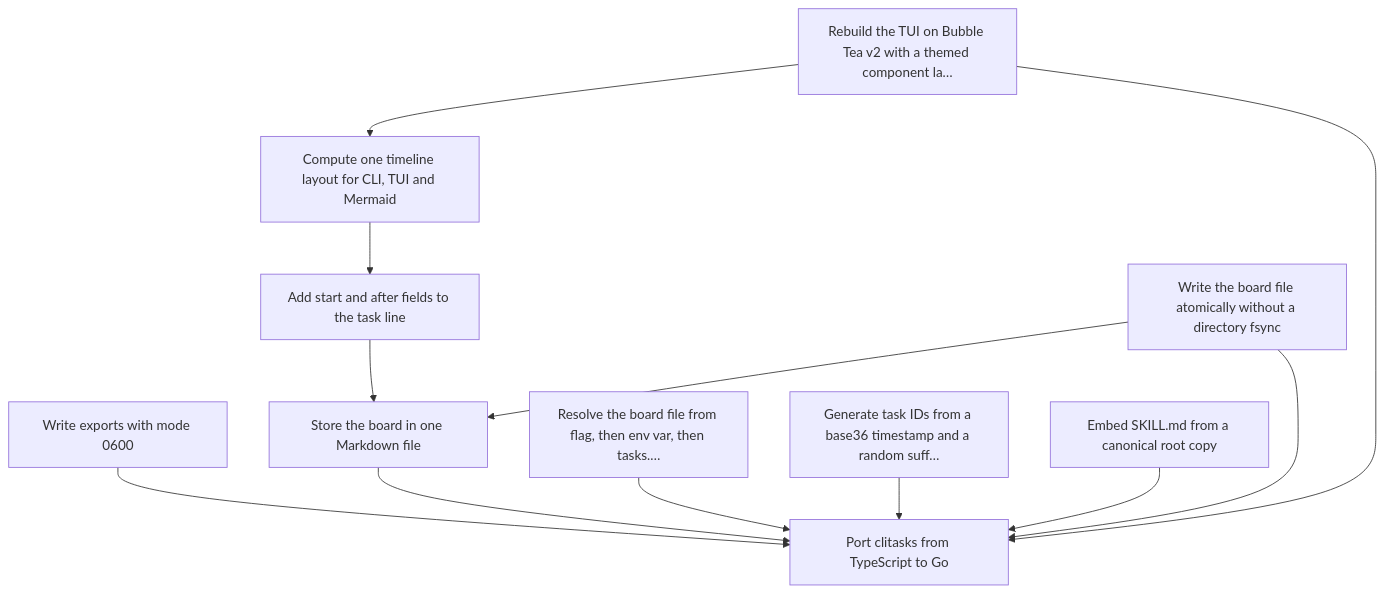
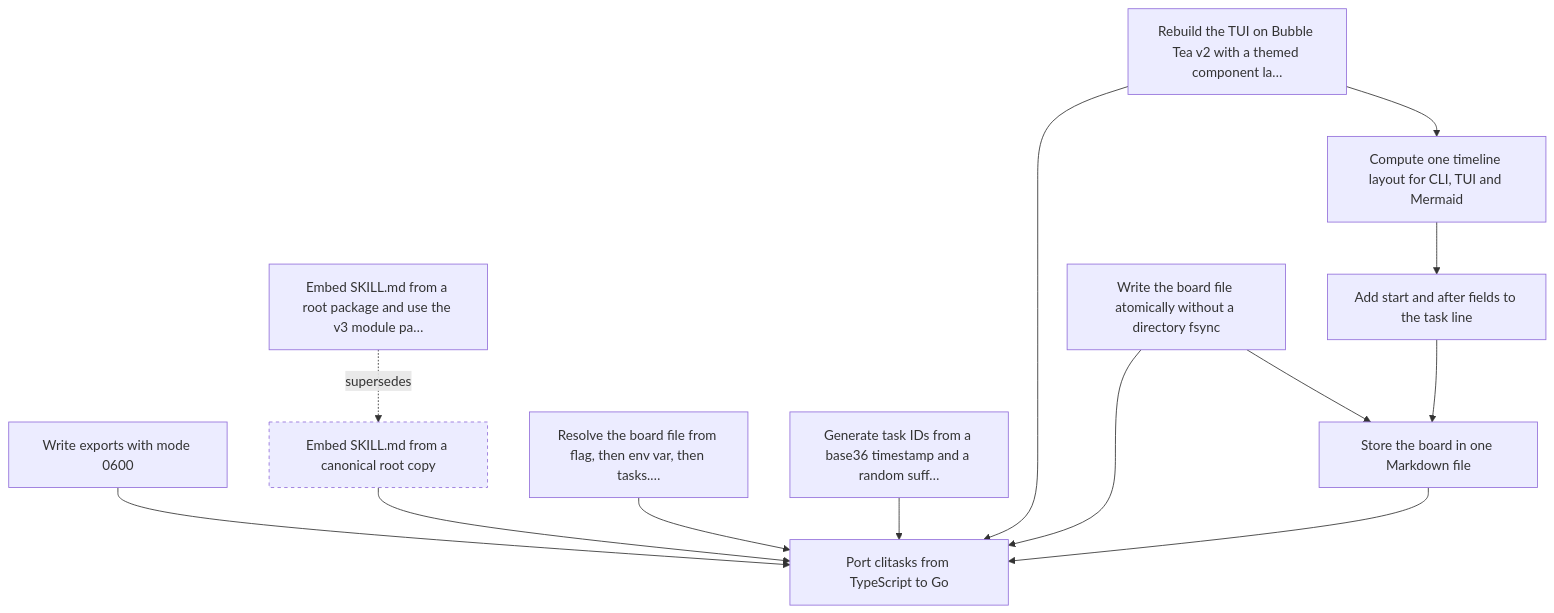
The diagram in docs/adr/README.md (GuitarWag/clitasks), drawn with Mermaid before and after one commit. The commit also changed other lines of this file and 61 other files, not shown here.

````diff
--- a/docs/adr/README.md
+++ b/docs/adr/README.md
@@ -20,24 +21,27 @@
 ```mermaid
 graph TD
-  n0["Rebuild the TUI on Bubble Tea v2 with a themed component la…"]
-  n1["Compute one timeline layout for CLI, TUI and Mermaid"]
-  n2["Add start and after fields to the task line"]
-  n3["Write the board file atomically without a directory fsync"]
-  n4["Write exports with mode 0600"]
-  n5["Store the board in one Markdown file"]
-  n6["Resolve the board file from flag, then env var, then tasks.…"]
-  n7["Generate task IDs from a base36 timestamp and a random suff…"]
-  n8["Embed SKILL.md from a canonical root copy"]
-  n9["Port clitasks from TypeScript to Go"]
-  n0 --> n1
-  n0 --> n9
+  n0["Embed SKILL.md from a root package and use the v3 module pa…"]
+  n1["Rebuild the TUI on Bubble Tea v2 with a themed component la…"]
+  n2["Compute one timeline layout for CLI, TUI and Mermaid"]
+  n3["Add start and after fields to the task line"]
+  n4["Write the board file atomically without a directory fsync"]
+  n5["Write exports with mode 0600"]
+  n6["Store the board in one Markdown file"]
+  n7["Resolve the board file from flag, then env var, then tasks.…"]
+  n8["Generate task IDs from a base36 timestamp and a random suff…"]
+  n9["Embed SKILL.md from a canonical root copy"]
+  n10["Port clitasks from TypeScript to Go"]
+  n0 -. supersedes .-> n9
+  n1 --> n10
   n1 --> n2
-  n2 --> n5
-  n3 --> n5
-  n3 --> n9
-  n4 --> n9
-  n5 --> n9
-  n6 --> n9
-  n7 --> n9
-  n8 --> n9
+  n2 --> n3
+  n3 --> n6
+  n4 --> n10
+  n4 --> n6
+  n5 --> n10
+  n6 --> n10
+  n7 --> n10
+  n8 --> n10
+  n9 --> n10
+  style n9 stroke-dasharray: 4
 ```
````
